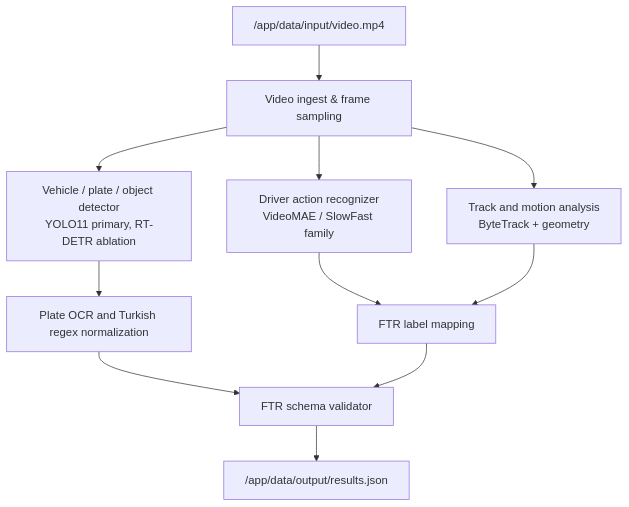
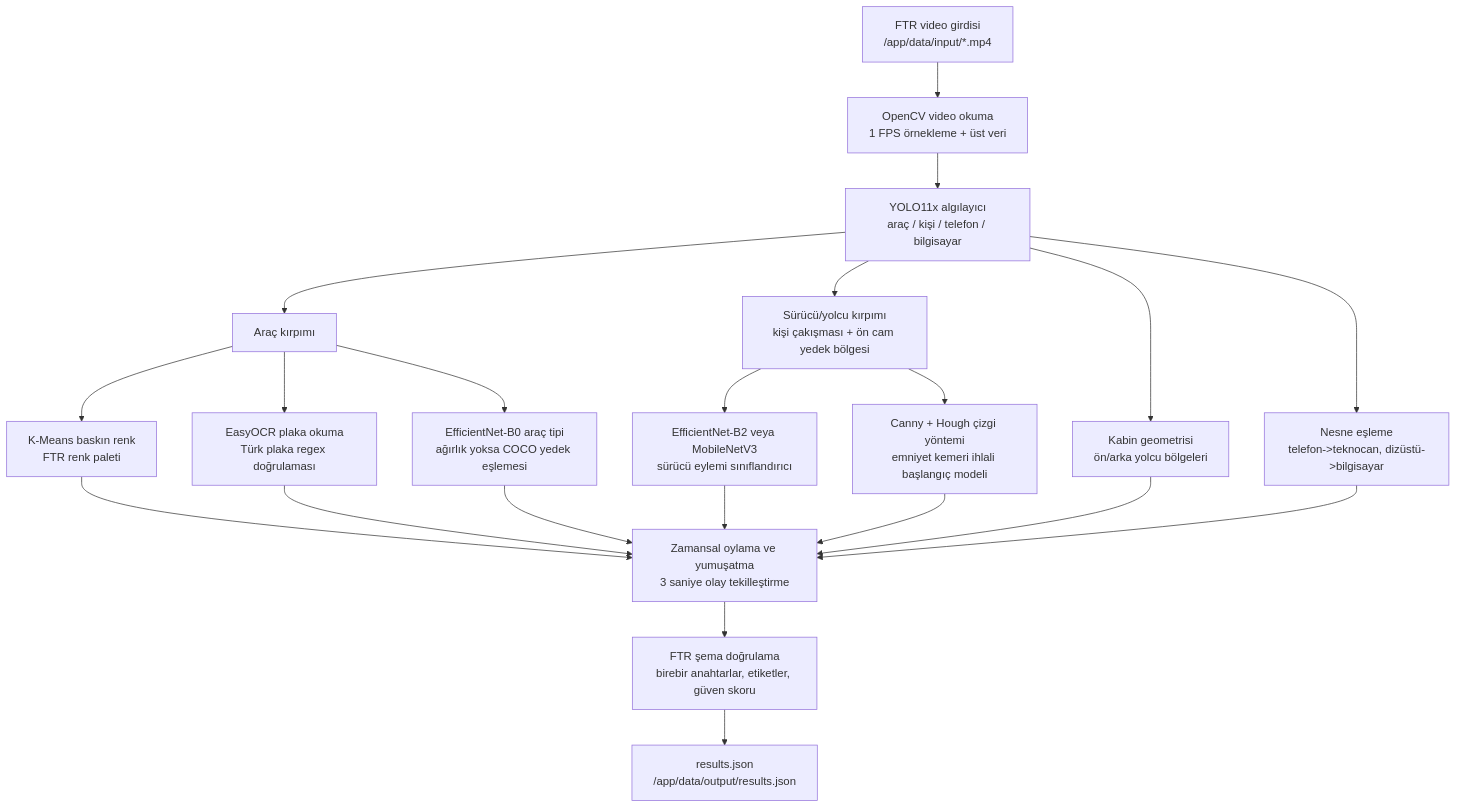
Before and after one commit to AlperKartkaya/qode: the diagram in docs/diagrams/ktr_ai_pipeline.mmd, drawn with Mermaid. The commit also changed 20 other files, not shown here.

```diff
--- a/docs/diagrams/ktr_ai_pipeline.mmd
+++ b/docs/diagrams/ktr_ai_pipeline.mmd
@@ -1,11 +1,21 @@
 flowchart TD
-    A["/app/data/input/video.mp4"] --> B["Video ingest & frame sampling"]
-    B --> C["Vehicle / plate / object detector\nYOLO11 primary, RT-DETR ablation"]
-    B --> D["Driver action recognizer\nVideoMAE / SlowFast family"]
-    B --> E["Track and motion analysis\nByteTrack + geometry"]
-    C --> F["Plate OCR and Turkish regex normalization"]
-    D --> G["FTR label mapping"]
-    E --> G
-    F --> H["FTR schema validator"]
-    G --> H
-    H --> I["/app/data/output/results.json"]
+    A["FTR video girdisi\n/app/data/input/*.mp4"] --> B["OpenCV video okuma\n1 FPS örnekleme + üst veri"]
+    B --> C["YOLO11x algılayıcı\naraç / kişi / telefon / bilgisayar"]
+    C --> D["Araç kırpımı"]
+    D --> E["K-Means baskın renk\nFTR renk paleti"]
+    D --> F["EasyOCR plaka okuma\nTürk plaka regex doğrulaması"]
+    D --> G["EfficientNet-B0 araç tipi\nağırlık yoksa COCO yedek eşlemesi"]
+    C --> H["Sürücü/yolcu kırpımı\nkişi çakışması + ön cam yedek bölgesi"]
+    H --> I["EfficientNet-B2 veya MobileNetV3\nsürücü eylemi sınıflandırıcı"]
+    H --> J["Canny + Hough çizgi yöntemi\nemniyet kemeri ihlali başlangıç modeli"]
+    C --> K["Kabin geometrisi\nön/arka yolcu bölgeleri"]
+    C --> L["Nesne eşleme\ntelefon->teknocan, dizüstü->bilgisayar"]
+    E --> M["Zamansal oylama ve yumuşatma\n3 saniye olay tekilleştirme"]
+    F --> M
+    G --> M
+    I --> M
+    J --> M
+    K --> M
+    L --> M
+    M --> N["FTR şema doğrulama\nbirebir anahtarlar, etiketler, güven skoru"]
+    N --> O["results.json\n/app/data/output/results.json"]
```
